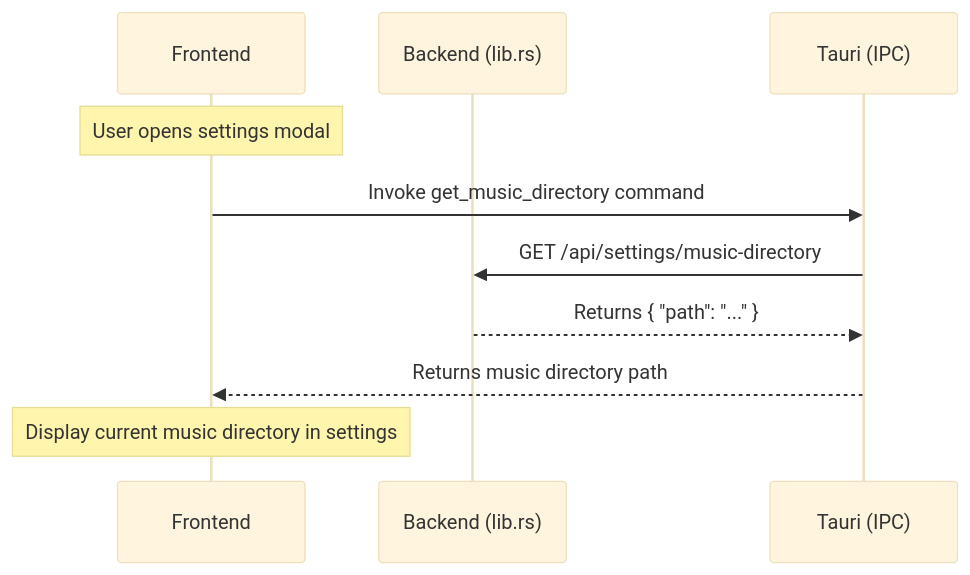
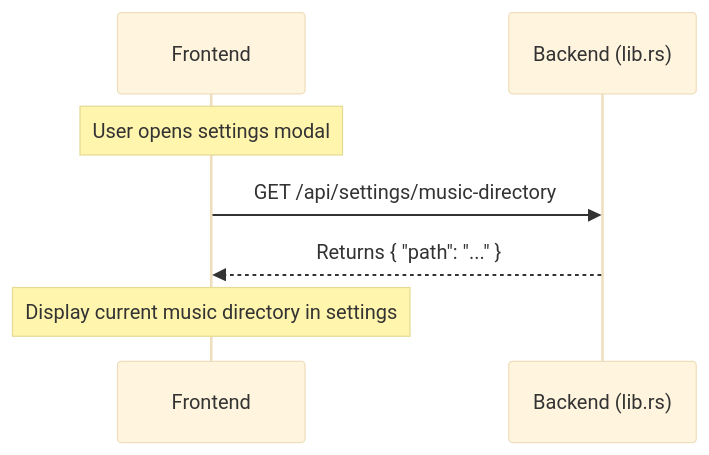
One commit to Afeather2017/Kaulan changed the first of 3 diagrams in docs/settings-and-database-management.md. Above: the diagram before and after it, drawn with Mermaid (base theme). The commit also changed other lines of this file and 3 other files, not shown here.

````diff
--- a/docs/settings-and-database-management.md
+++ b/docs/settings-and-database-management.md
@@ -50,15 +68,12 @@
 ```mermaid
 sequenceDiagram
     participant FE as Frontend
     participant BE as Backend (lib.rs)
-    participant Tauri as Tauri (IPC)
 
     Note over FE: User opens settings modal
 
-    FE->>Tauri: Invoke get_music_directory command
-    Tauri->>BE: GET /api/settings/music-directory
-    BE-->>Tauri: Returns { "path": "..." }
-    Tauri-->>FE: Returns music directory path
+    FE->>BE: GET /api/settings/music-directory
+    BE-->>FE: Returns { "path": "..." }
 
     Note over FE: Display current music directory in settings
 ```
````
